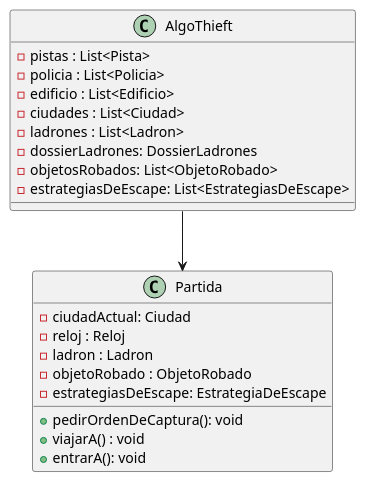
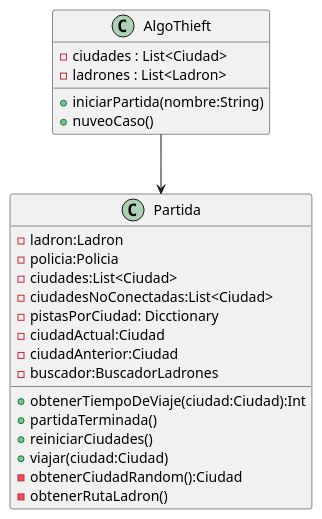
One commit to SeleneMartinez/Algo3_AlgoThief changed the diagram in diagrams/classes/dc_juego.plantuml. Above: the diagram before and after it, drawn with PlantUML. The commit also changed 1 other file, not shown here.

```diff
--- a/diagrams/classes/dc_juego.plantuml
+++ b/diagrams/classes/dc_juego.plantuml
@@ -1,28 +1,32 @@
 @startuml
 class AlgoThieft
 {
-    -pistas : List<Pista>
-    -policia : List<Policia>
-    -edificio : List<Edificio>
+
     -ciudades : List<Ciudad>
     -ladrones : List<Ladron>
-    -dossierLadrones: DossierLadrones
-    -objetosRobados: List<ObjetoRobado>
-    -estrategiasDeEscape: List<EstrategiasDeEscape>
+    + iniciarPartida(nombre:String)
+    + nuveoCaso()
 }
 
 class Partida
 {
-    - ciudadActual: Ciudad
-    - reloj : Reloj
-    - ladron : Ladron
-    - objetoRobado : ObjetoRobado
-    - estrategiasDeEscape: EstrategiaDeEscape
+    - ladron:Ladron
+    - policia:Policia
+    - ciudades:List<Ciudad>
+    - ciudadesNoConectadas:List<Ciudad>
+    - pistasPorCiudad: Dicctionary
+    - ciudadActual:Ciudad 
+    - ciudadAnterior:Ciudad 
+    - buscador:BuscadorLadrones 
 
-    +pedirOrdenDeCaptura(): void
-    +viajarA() : void
-    +entrarA(): void
+
+    + obtenerTiempoDeViaje(ciudad:Ciudad):Int
+    + partidaTerminada()
+    + reiniciarCiudades()
+    + viajar(ciudad:Ciudad)
+    - obtenerCiudadRandom():Ciudad
+    - obtenerRutaLadron()
 }
 AlgoThieft --> Partida
 
 @enduml
```
